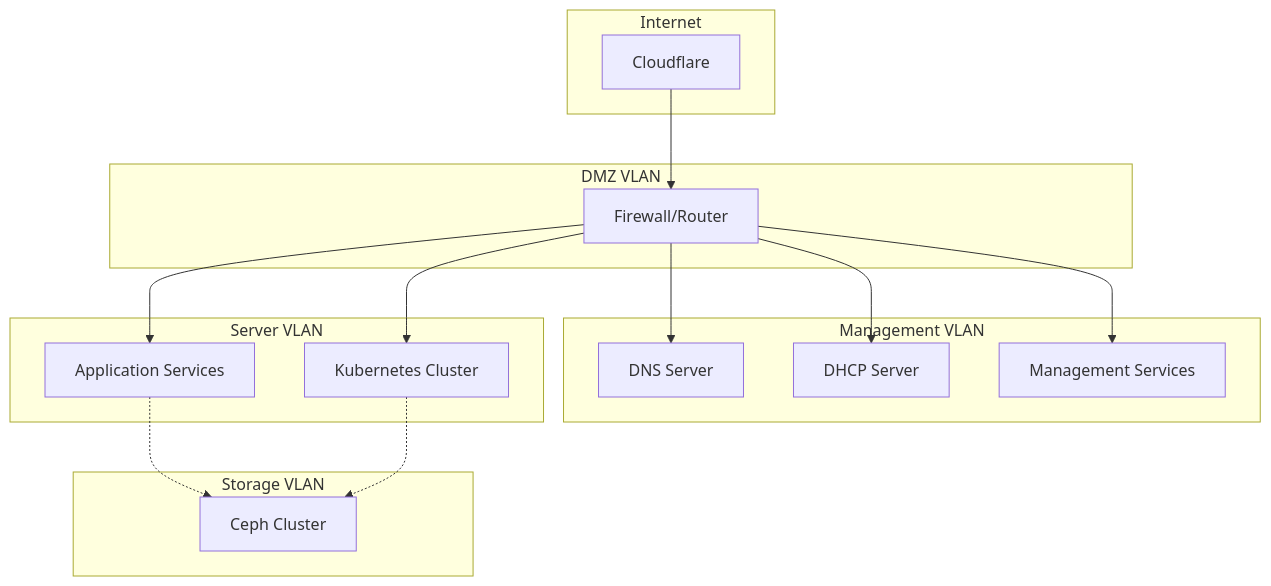
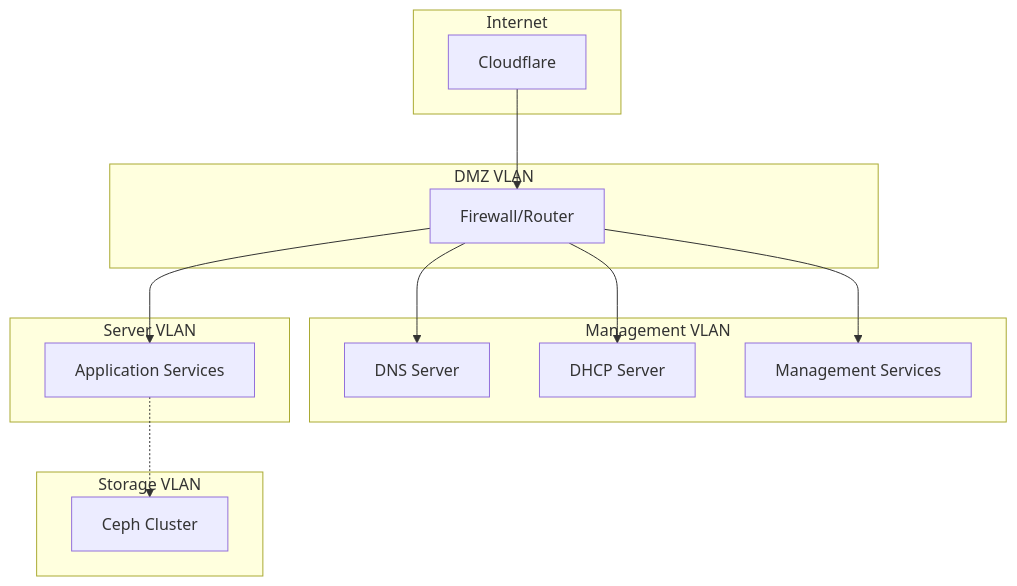
Before and after one commit to bluefishforsale/homelab: the diagram in docs/architecture/networking.md, drawn with Mermaid. The commit also changed other lines of this file and 289 other files, not shown here.

First line of the commit message:
feat: implement GitHub Actions CI/CD with multi-tier safety architecture

````diff
--- a/docs/architecture/networking.md
+++ b/docs/architecture/networking.md
@@ -129,27 +93,25 @@
 ```mermaid
 graph TB
     subgraph "Internet"
         CF[Cloudflare]
     end
     
     subgraph "DMZ VLAN"
         FW[Firewall/Router]
         CF --> FW
     end
     
     subgraph "Management VLAN"
         FW --> DNS[DNS Server]
         FW --> DHCP[DHCP Server]
         FW --> MGMT[Management Services]
     end
     
     subgraph "Server VLAN"
         FW --> SVC[Application Services]
-        FW --> K8S[Kubernetes Cluster]
     end
     
     subgraph "Storage VLAN"
         SVC -.-> CEPH[Ceph Cluster]
-        K8S -.-> CEPH
     end
 ```
````
